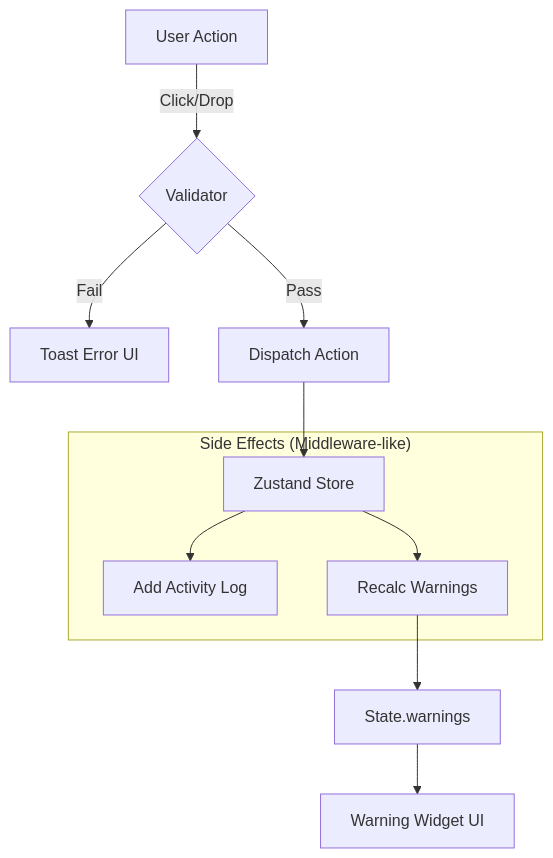
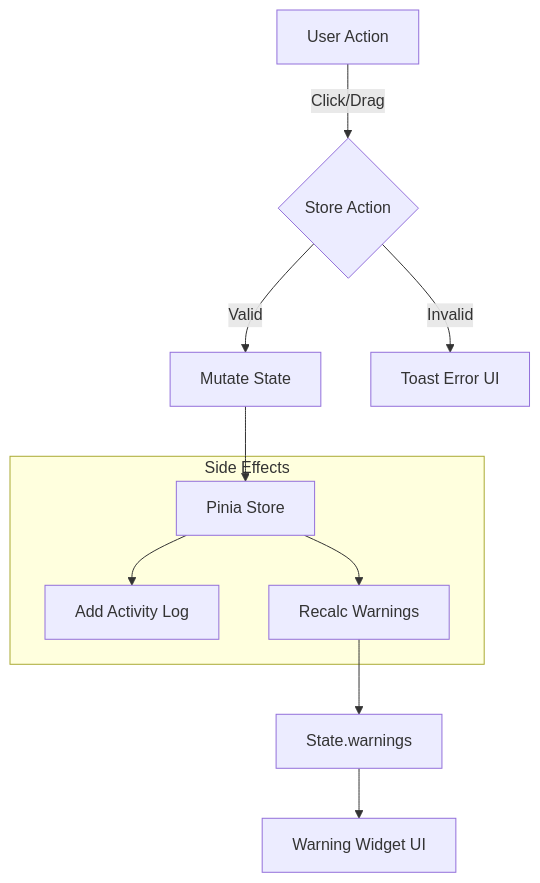
Before and after one commit to pineconekr/position-helper: the diagram in docs/assignment_alert_system.md, drawn with Mermaid. The commit also changed other lines of this file and 3 other files, not shown here.

First line of the commit message:
docs: update architecture documentation and guides

````diff
--- a/docs/assignment_alert_system.md
+++ b/docs/assignment_alert_system.md
@@ -44,17 +44,17 @@
 ```mermaid
 graph TD
-    User[User Action] -->|Click/Drop| Validate{Validator}
+    User[User Action] -->|Click/Drag| Action{Store Action}
     
-    Validate -->|Fail| Toast[Toast Error UI]
-    Validate -->|Pass| Dispatch[Dispatch Action]
+    Action -->|Valid| Mutation[Mutate State]
+    Action -->|Invalid| Toast[Toast Error UI]
     
-    Dispatch --> Store[Zustand Store]
+    Mutation --> Store[Pinia Store]
     
-    subgraph "Side Effects (Middleware-like)"
+    subgraph "Side Effects"
         Store --> Activity[Add Activity Log]
         Store --> Calc[Recalc Warnings]
     end
     
     Calc --> WarningState[State.warnings]
     WarningState --> WidgetUI[Warning Widget UI]
 ```
````
